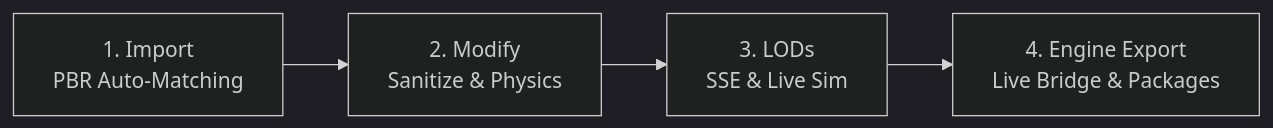
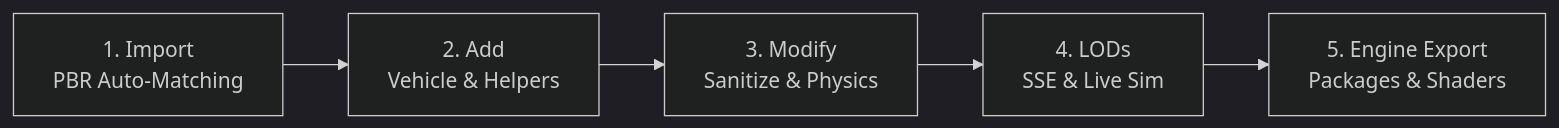
Before and after one commit to DanAzanza/OmniMesh: the diagram in README.md, drawn with Mermaid (dark theme). The commit also changed other lines of this file and 22 other files, not shown here.

First line of the commit message:
[Core] Rename generic vehicle spawner and helpers

````diff
--- a/README.md
+++ b/README.md
@@ -99,6 +99,7 @@
 ```mermaid
 graph LR
-    A["1. Import<br/>PBR Auto-Matching"] --> B["2. Modify<br/>Sanitize & Physics"]
-    B --> C["3. LODs<br/>SSE & Live Sim"]
-    C --> D["4. Engine Export<br/>Live Bridge & Packages"]
+    A["1. Import<br/>PBR Auto-Matching"] --> B["2. Add<br/>Vehicle & Helpers"]
+    B --> C["3. Modify<br/>Sanitize & Physics"]
+    C --> D["4. LODs<br/>SSE & Live Sim"]
+    D --> E["5. Engine Export<br/>Packages & Shaders"]
 ```
````
